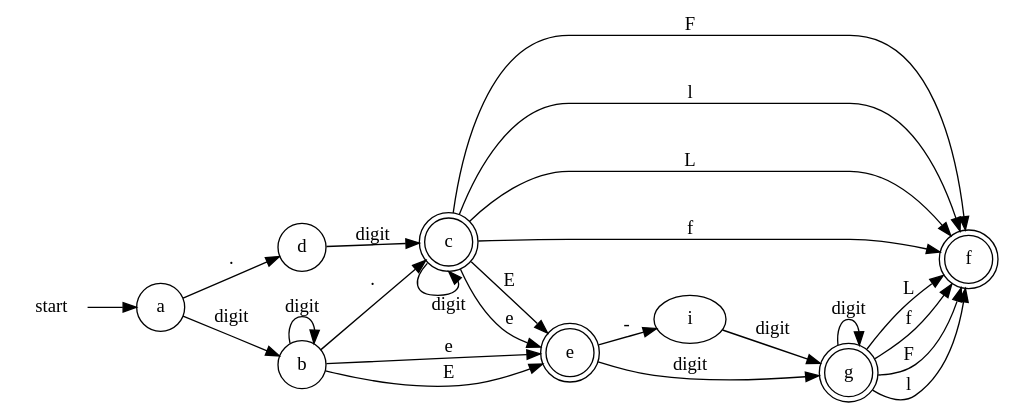
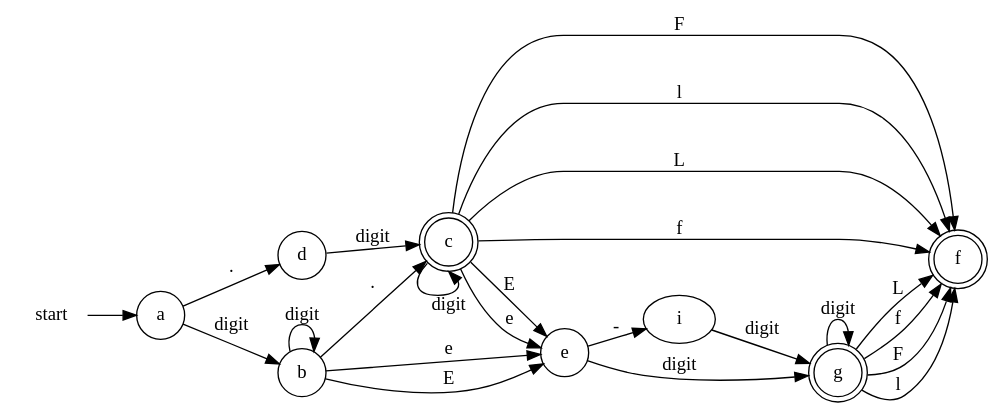
Before and after one commit to hessenh/Skole: the diagram in TDT4205 Task1/NDFA4.gv, drawn with Graphviz. The commit also changed 42 other files, not shown here.

```diff
--- a/TDT4205 Task1/NDFA4.gv
+++ b/TDT4205 Task1/NDFA4.gv
@@ -1,38 +1,38 @@
 //NFA for lang 1(0|1)*00(0|1)*
 digraph G {
     rankdir=LR;
    shape=circle;
    start->a
    a ->b  [label="digit"];
    a ->d  [label="."];
    d ->c  [label="digit"];
    b->b [label="digit"];
    b->c [label="."];
    b->e [label="e"];
    b->e [label="E"];
    c->c [tailport=sw headport=s label="digit"]; 
    c->e [label="e"];
    c->e [label="E"];
    e->g [label="digit"];
    e->i [label="-"];
    i->g [label="digit"]
    g->g [label="digit"]
    g->f [label="f"];
    g->f [label="F"];
    g->f [label="l"];
    g->f [label="L"];
    c->f [label="f"];
    c->f [label="F"];
    c->f [label="l"];
    c->f [label="L"];
 
 
    a[shape=circle];
    b[shape=circle];
    c[shape=doublecircle];
    d[shape=circle];
-   e[shape=doublecircle];
+   e[shape=circle];
    f[shape=doublecircle];
    g[shape=doublecircle];
    start[shape=plaintext];
 }
```
